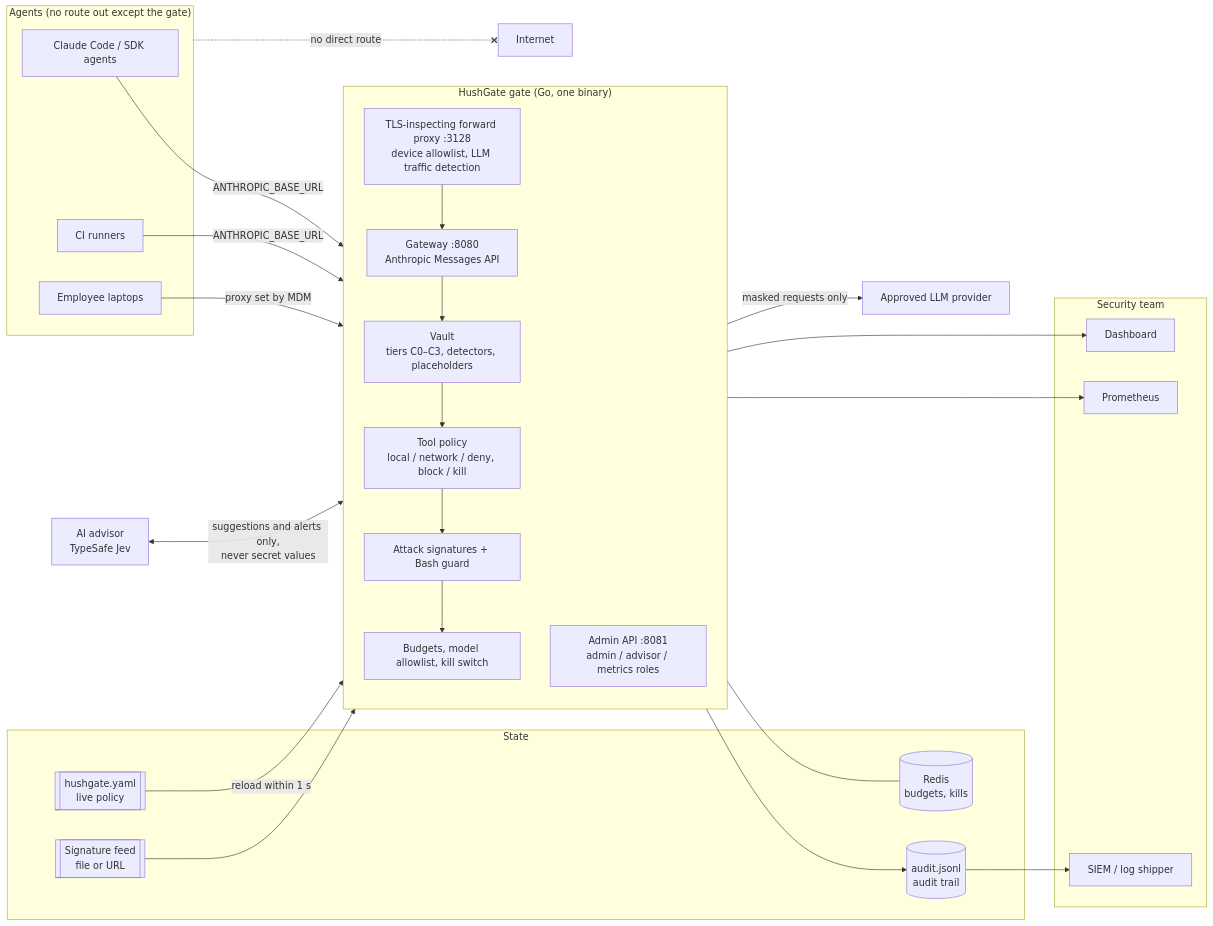
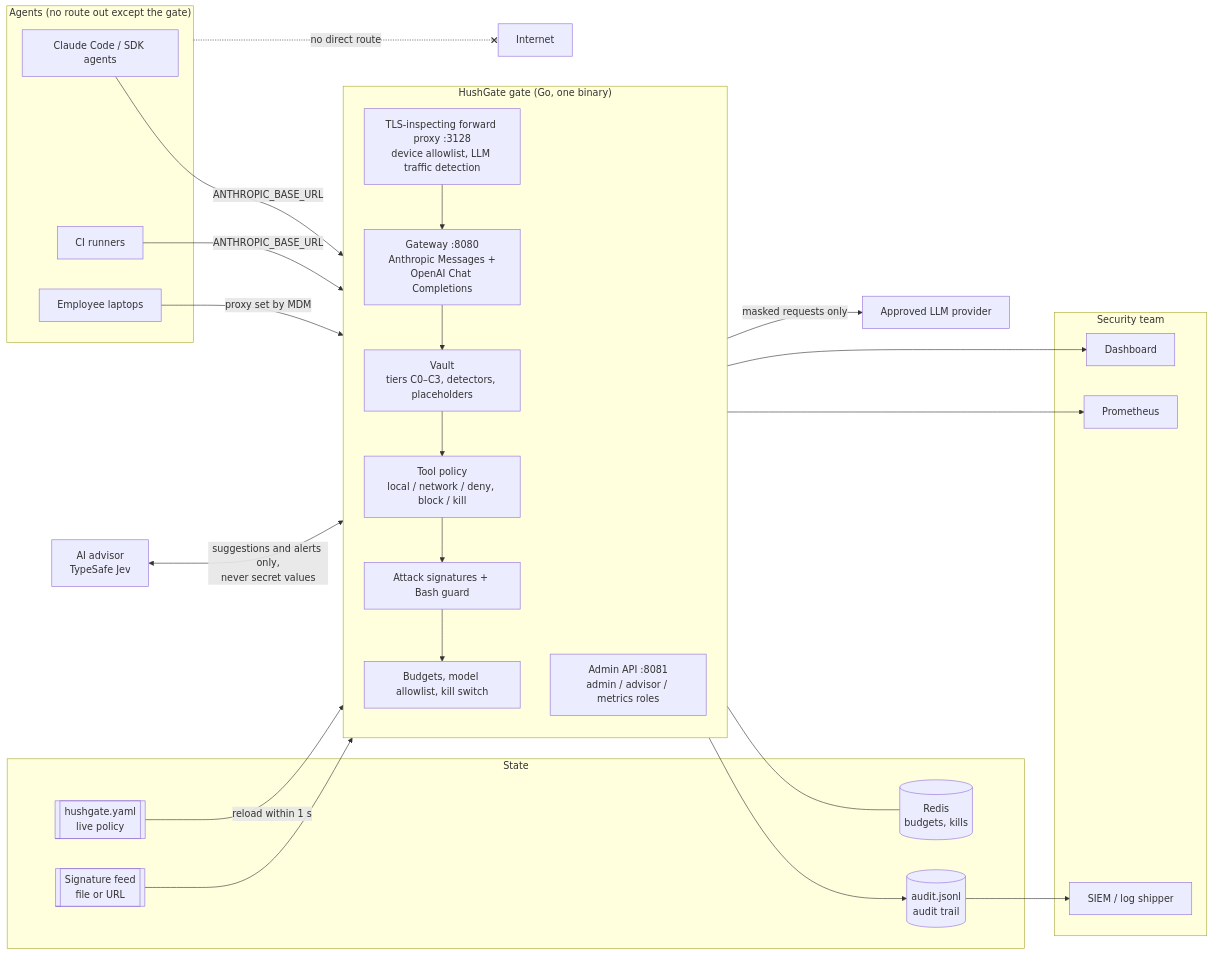
Before and after one commit to Mikformatycy/hushgate: the first of 3 diagrams in 2-architecture/README.md, drawn with Mermaid. The commit also changed other lines of this file and 10 other files, not shown here.

Commit message:
Document Chat Completions support

````diff
--- a/2-architecture/README.md
+++ b/2-architecture/README.md
@@ -17,50 +17,50 @@
 ```mermaid
 flowchart LR
   subgraph Devices["Agents (no route out except the gate)"]
     CC[Claude Code / SDK agents]
     CI[CI runners]
     LP[Employee laptops]
   end
 
   subgraph Gate["HushGate gate (Go, one binary)"]
     direction TB
-    IN[Gateway :8080<br/>Anthropic Messages API]
+    IN[Gateway :8080<br/>Anthropic Messages +<br/>OpenAI Chat Completions]
     FWD[TLS-inspecting forward proxy :3128<br/>device allowlist, LLM traffic detection]
     V[Vault<br/>tiers C0–C3, detectors, placeholders]
     P[Tool policy<br/>local / network / deny, block / kill]
     S[Attack signatures + Bash guard]
     B[Budgets, model allowlist, kill switch]
     ADM[Admin API :8081<br/>admin / advisor / metrics roles]
   end
 
   subgraph State
     R[(Redis<br/>budgets, kills)]
     Y[[hushgate.yaml<br/>live policy]]
     F[(audit.jsonl<br/>audit trail)]
     FEED[[Signature feed<br/>file or URL]]
   end
 
   subgraph Ops["Security team"]
     UI[Dashboard]
     PR[Prometheus]
     SIEM[SIEM / log shipper]
   end
 
   AD[AI advisor<br/>TypeSafe Jev]
 
   CC -->|ANTHROPIC_BASE_URL| IN
   CI -->|ANTHROPIC_BASE_URL| IN
   LP -->|proxy set by MDM| FWD
   FWD --> IN
   IN --> V --> P --> S --> B
   IN -->|masked requests only| LLM[Approved LLM provider]
   B --- R
   Y -->|reload within 1 s| Gate
   FEED --> S
   Gate --> F
   ADM --> UI
   ADM --> PR
   F --> SIEM
   AD <-->|suggestions and alerts only,<br/>never secret values| ADM
   Devices -. no direct route .-x NET[Internet]
 ```
````
